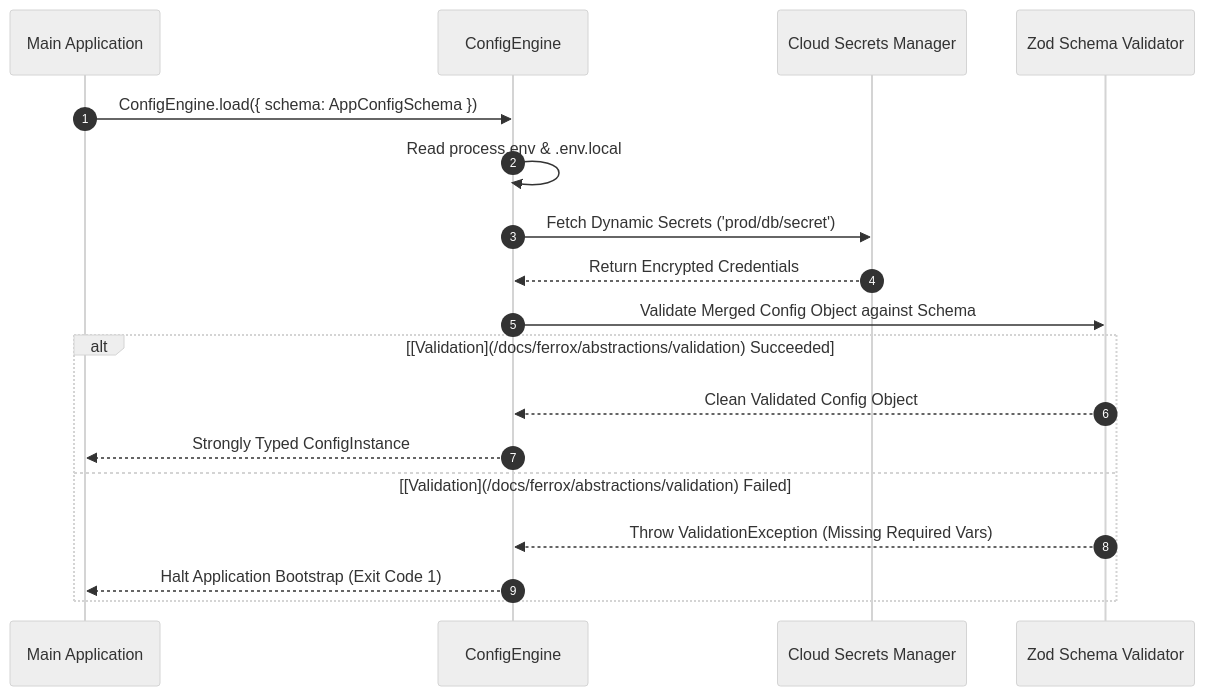
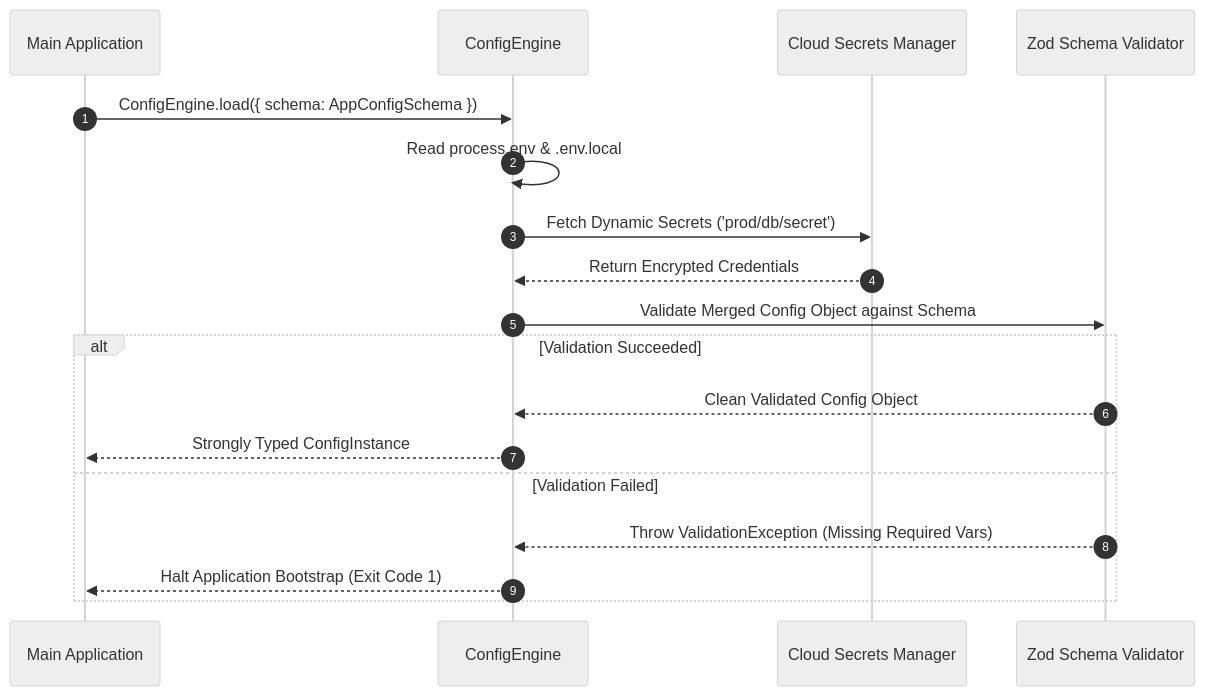
The diagram in docs/ferrox-node/fundamentals/config.md (AI-Autistic-Intelligence/ferrox-docs), drawn with Mermaid (neutral theme) before and after one commit. The commit also changed other lines of this file and 770 other files, not shown here.

````diff
--- a/docs/ferrox-node/fundamentals/config.md
+++ b/docs/ferrox-node/fundamentals/config.md
@@ -50,21 +50,21 @@
 ```mermaid
 sequenceDiagram
     autonumber
     participant App as Main Application
     participant Config as ConfigEngine
     participant Vault as Cloud Secrets Manager
     participant Schema as Zod Schema Validator
 
     App->>Config: ConfigEngine.load({ schema: AppConfigSchema })
     Config->>Config: Read process.env & .env.local
     Config->>Vault: Fetch Dynamic Secrets ('prod/db/secret')
     Vault-->>Config: Return Encrypted Credentials
     Config->>Schema: Validate Merged Config Object against Schema
-    alt [Validation](/docs/ferrox/abstractions/validation) Succeeded
+    alt Validation Succeeded
         Schema-->>Config: Clean Validated Config Object
         Config-->>App: Strongly Typed ConfigInstance
-    else [Validation](/docs/ferrox/abstractions/validation) Failed
+    else Validation Failed
         Schema-->>Config: Throw ValidationException (Missing Required Vars)
         Config-->>App: Halt Application Bootstrap (Exit Code 1)
     end
 ```
````
